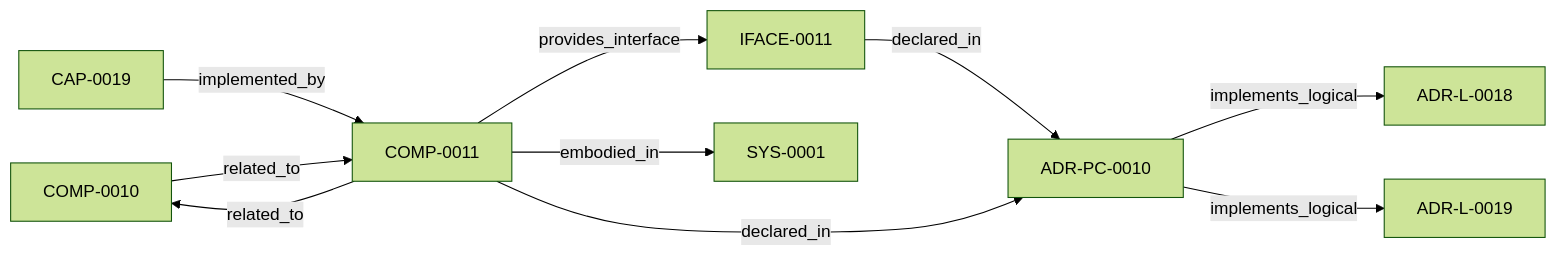
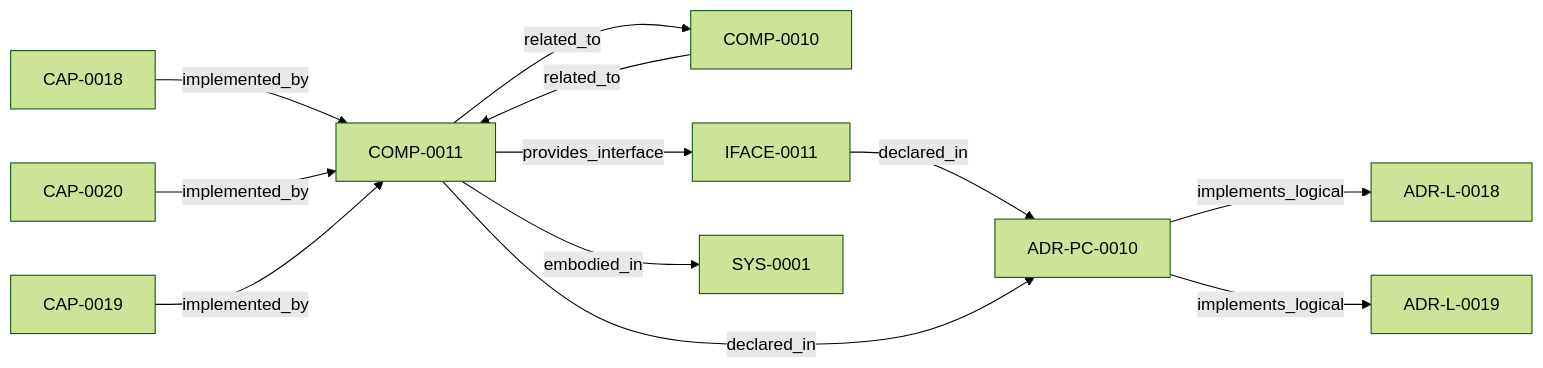
One commit to egallmann/ste-runtime changed the diagram in adrs/adr-projection/physical-component/ADR-PC-0010-semantic-compression-engine.md. Above: the diagram before and after it, drawn with Mermaid (forest theme). The commit also changed other lines of this file and 57 other files, not shown here.

````diff
--- a/adrs/adr-projection/physical-component/ADR-PC-0010-semantic-compression-engine.md
+++ b/adrs/adr-projection/physical-component/ADR-PC-0010-semantic-compression-engine.md
@@ -48,20 +48,24 @@
 ```mermaid
 flowchart LR
   n_019ff84e_4ece_7c3b_833e_dbdb54ed76ec["ADR-L-0018"]
+  n_019ff84e_4ece_7d33_a91e_00d8638b487d["CAP-0018"]
+  n_019ff84e_4ecf_710a_ad22_93698361c72b["CAP-0020"]
   n_019ff84e_4ecf_736e_9d3d_dc19c7223122["COMP-0010"]
   n_019ff84e_4ecf_74ba_b201_3b02412f39c8["ADR-L-0019"]
   n_019ff84e_4ecf_7753_9137_8b03153ddf7e["IFACE-0011"]
   n_019ff84e_4ecf_7ba6_ac1f_2a56af7d146c["COMP-0011"]
   n_019ff84e_4ecf_7d09_802f_c14b1802b27c["ADR-PC-0010"]
   n_019ff84e_4ecf_7de7_b93b_b02c6152fe2b["CAP-0019"]
   n_019ff84e_4ed0_727d_9337_e52045221df1["SYS-0001"]
   n_019ff84e_4ecf_7753_9137_8b03153ddf7e -->|"declared_in"| n_019ff84e_4ecf_7d09_802f_c14b1802b27c
   n_019ff84e_4ecf_7ba6_ac1f_2a56af7d146c -->|"declared_in"| n_019ff84e_4ecf_7d09_802f_c14b1802b27c
   n_019ff84e_4ecf_7ba6_ac1f_2a56af7d146c -->|"embodied_in"| n_019ff84e_4ed0_727d_9337_e52045221df1
+  n_019ff84e_4ece_7d33_a91e_00d8638b487d -->|"implemented_by"| n_019ff84e_4ecf_7ba6_ac1f_2a56af7d146c
+  n_019ff84e_4ecf_710a_ad22_93698361c72b -->|"implemented_by"| n_019ff84e_4ecf_7ba6_ac1f_2a56af7d146c
   n_019ff84e_4ecf_7de7_b93b_b02c6152fe2b -->|"implemented_by"| n_019ff84e_4ecf_7ba6_ac1f_2a56af7d146c
   n_019ff84e_4ecf_7d09_802f_c14b1802b27c -->|"implements_logical"| n_019ff84e_4ece_7c3b_833e_dbdb54ed76ec
   n_019ff84e_4ecf_7d09_802f_c14b1802b27c -->|"implements_logical"| n_019ff84e_4ecf_74ba_b201_3b02412f39c8
   n_019ff84e_4ecf_7ba6_ac1f_2a56af7d146c -->|"provides_interface"| n_019ff84e_4ecf_7753_9137_8b03153ddf7e
   n_019ff84e_4ecf_736e_9d3d_dc19c7223122 -->|"related_to"| n_019ff84e_4ecf_7ba6_ac1f_2a56af7d146c
   n_019ff84e_4ecf_7ba6_ac1f_2a56af7d146c -->|"related_to"| n_019ff84e_4ecf_736e_9d3d_dc19c7223122
 ```
````
